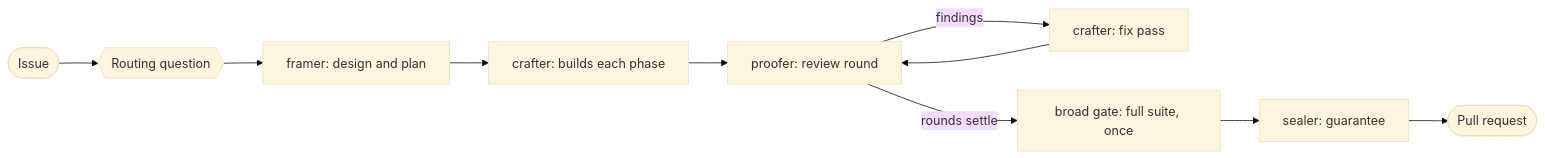
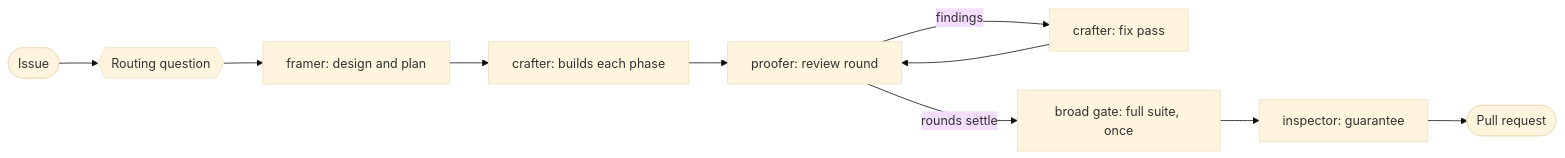
The diagram in README.md (MichaelYcJo/AgenticSeal), drawn with Mermaid (base theme) before and after one commit. The commit also changed other lines of this file and 163 other files, not shown here.

````diff
--- a/README.md
+++ b/README.md
@@ -30,12 +30,12 @@
 ```mermaid
 flowchart LR
     issue([Issue]) --> routing{{Routing question}}
     routing --> framer[framer: design and plan]
     framer --> crafter[crafter: builds each phase]
     crafter --> proofer[proofer: review round]
     proofer -- findings --> fix[crafter: fix pass]
     fix --> proofer
     proofer -- rounds settle --> gate[broad gate: full suite, once]
-    gate --> sealer[sealer: guarantee]
-    sealer --> pr([Pull request])
+    gate --> inspector[inspector: guarantee]
+    inspector --> pr([Pull request])
 ```
````
